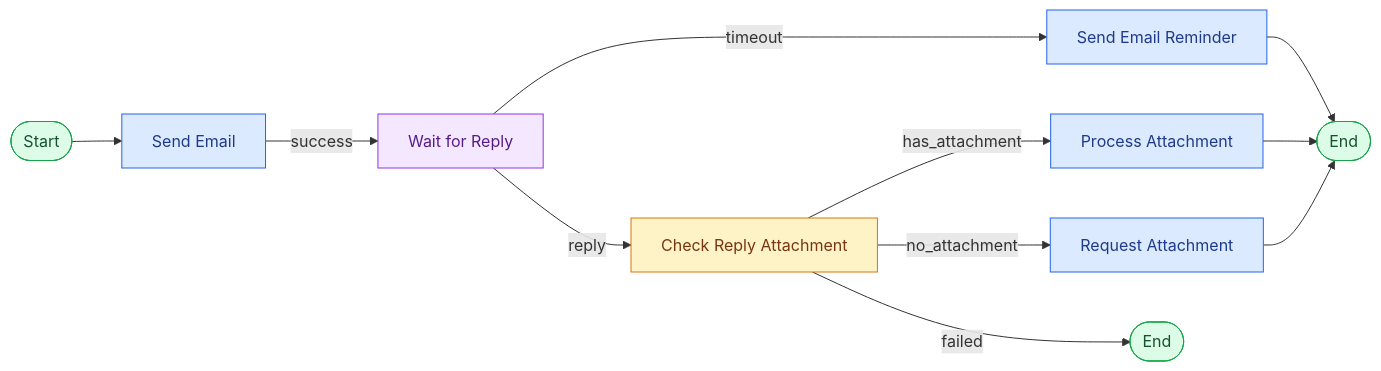
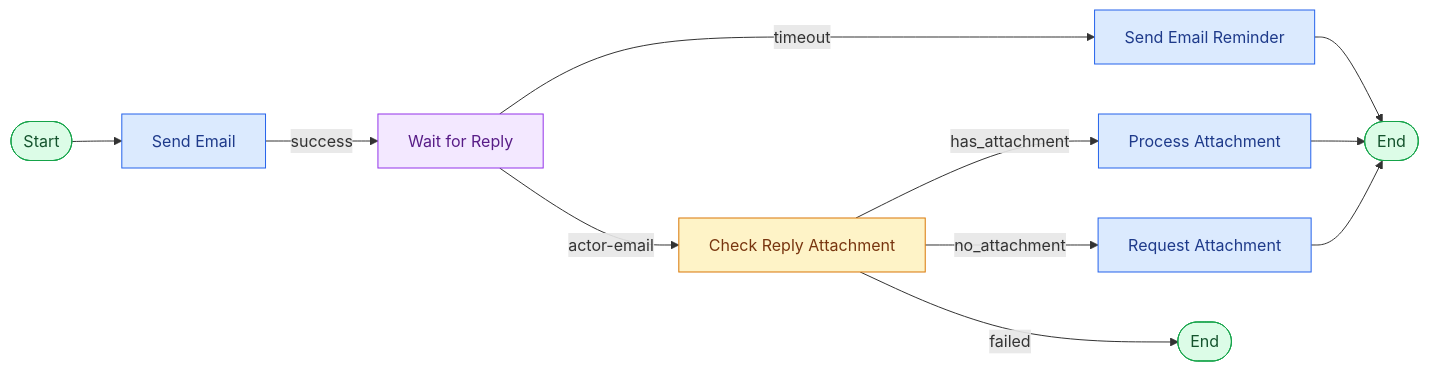
Before and after one commit to Nazyli/simflow-web: the fourth of 4 diagrams in public/documentation/32-contoh-workflow.md, drawn with Mermaid. The commit also changed other lines of this file and 8 other files, not shown here.

````diff
--- a/public/documentation/32-contoh-workflow.md
+++ b/public/documentation/32-contoh-workflow.md
@@ -65,21 +65,21 @@
 ```mermaid
 flowchart LR
     A([Start]) --> B[Send Email]
     B -->|success| C[Wait for Reply]
-    C -->|reply| D[Check Reply Attachment]
+    C -->|actor-email| D[Check Reply Attachment]
     C -->|timeout| E[Send Email Reminder]
     D -->|has_attachment| F[Process Attachment]
     D -->|no_attachment| G[Request Attachment]
     D -->|failed| H([End])
     E --> I([End])
     F --> I
     G --> I
     classDef action fill:#dbeafe,stroke:#2563eb,color:#1e3a8a
     classDef wait fill:#f3e8ff,stroke:#9333ea,color:#581c87
     classDef condition fill:#fef3c7,stroke:#d97706,color:#78350f
     classDef terminal fill:#dcfce7,stroke:#16a34a,color:#14532d
     class A,H,I terminal
     class B,E,F,G action
     class C wait
     class D condition
 ```
````
